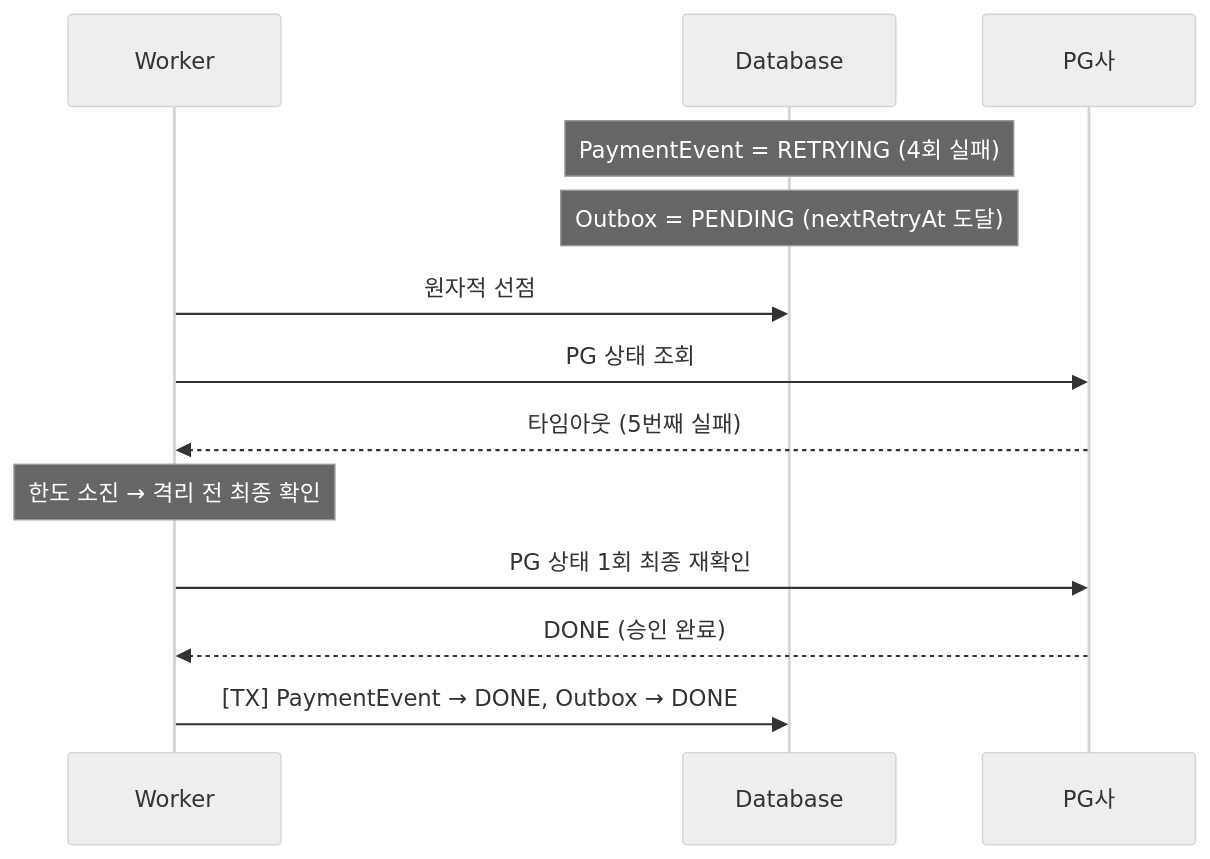
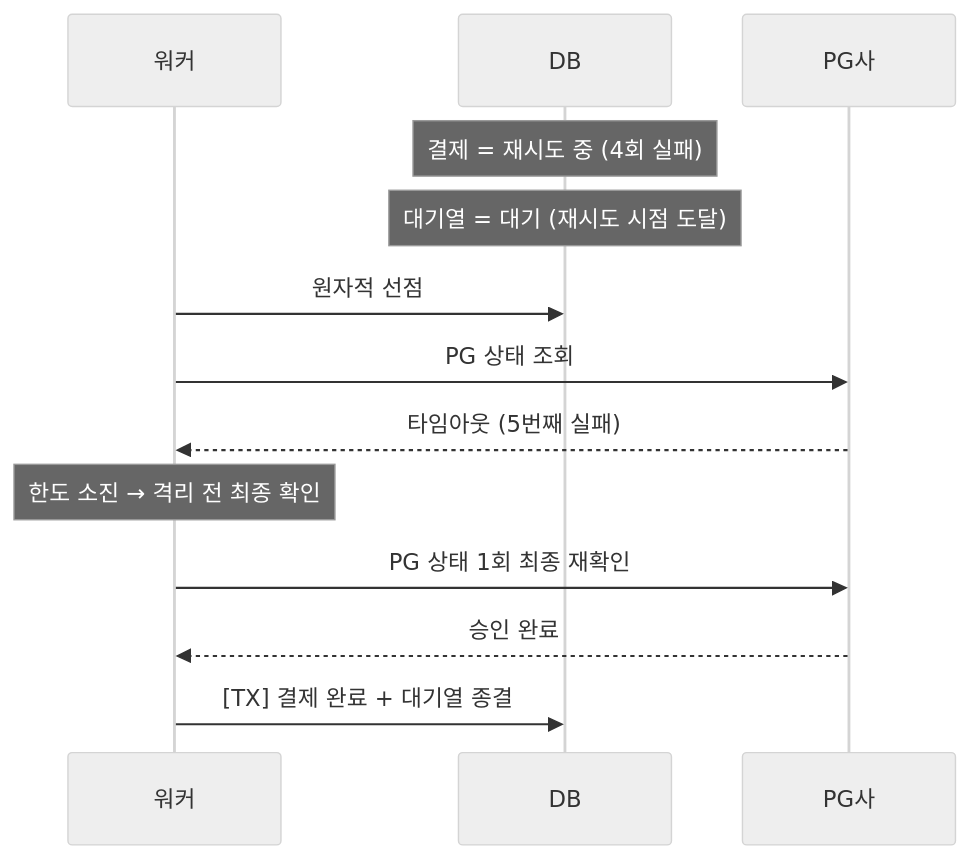
Before and after one commit to hyoguoo/hyoguoo.github.io: the eighth of 10 diagrams in src/content/docs/blog/payment-recovery-state-design.md, drawn with Mermaid (neutral theme). The commit also changed other lines of this file and 1 other file, not shown here.

````diff
--- a/src/content/docs/blog/payment-recovery-state-design.md
+++ b/src/content/docs/blog/payment-recovery-state-design.md
@@ -365,15 +365,15 @@
 ```mermaid
 sequenceDiagram
-    participant W as Worker
-    participant DB as Database
+    participant W as 워커
+    participant DB as DB
     participant PG as PG사
-    Note over DB: PaymentEvent = RETRYING (4회 실패)
-    Note over DB: Outbox = PENDING (nextRetryAt 도달)
+    Note over DB: 결제 = 재시도 중 (4회 실패)
+    Note over DB: 대기열 = 대기 (재시도 시점 도달)
     W ->> DB: 원자적 선점
     W ->> PG: PG 상태 조회
     PG -->> W: 타임아웃 (5번째 실패)
     Note over W: 한도 소진 → 격리 전 최종 확인
     W ->> PG: PG 상태 1회 최종 재확인
-    PG -->> W: DONE (승인 완료)
-    W ->> DB: [TX] PaymentEvent → DONE, Outbox → DONE
+    PG -->> W: 승인 완료
+    W ->> DB: [TX] 결제 완료 + 대기열 종결
 ```
````
